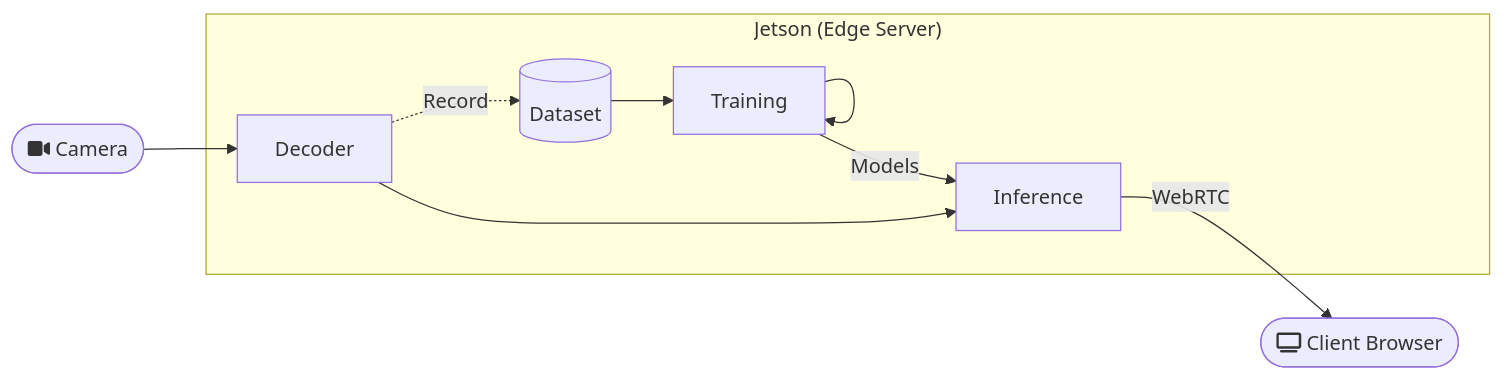
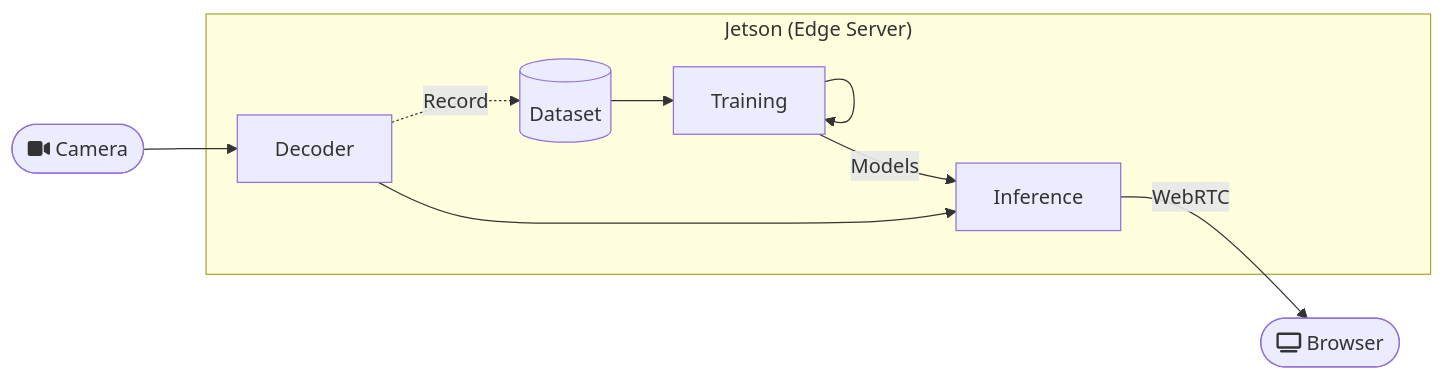
The diagram in docs/webrtc-recognizer.md (dusty-nv/jetson-inference), drawn with Mermaid before and after one commit. The commit also changed other lines of this file, not shown here.

````diff
--- a/docs/webrtc-recognizer.md
+++ b/docs/webrtc-recognizer.md
@@ -38,18 +38,18 @@
 ```mermaid
 graph LR
     camera([fa:fa-video-camera Camera])
-    player([fa:fa-television Client Browser])
+    player([fa:fa-television Browser])
     subgraph server ["Jetson (Edge Server)"]
         decoder[Decoder]
         dataset[("Dataset")]
         training["Training"]
         inference["Inference"]
         decoder-.->|Record|dataset
         decoder-->inference
         dataset-->training
         training-->training
         training-- Models --> inference
     end
     camera-->decoder
     inference-- WebRTC -->player
 ```
````
